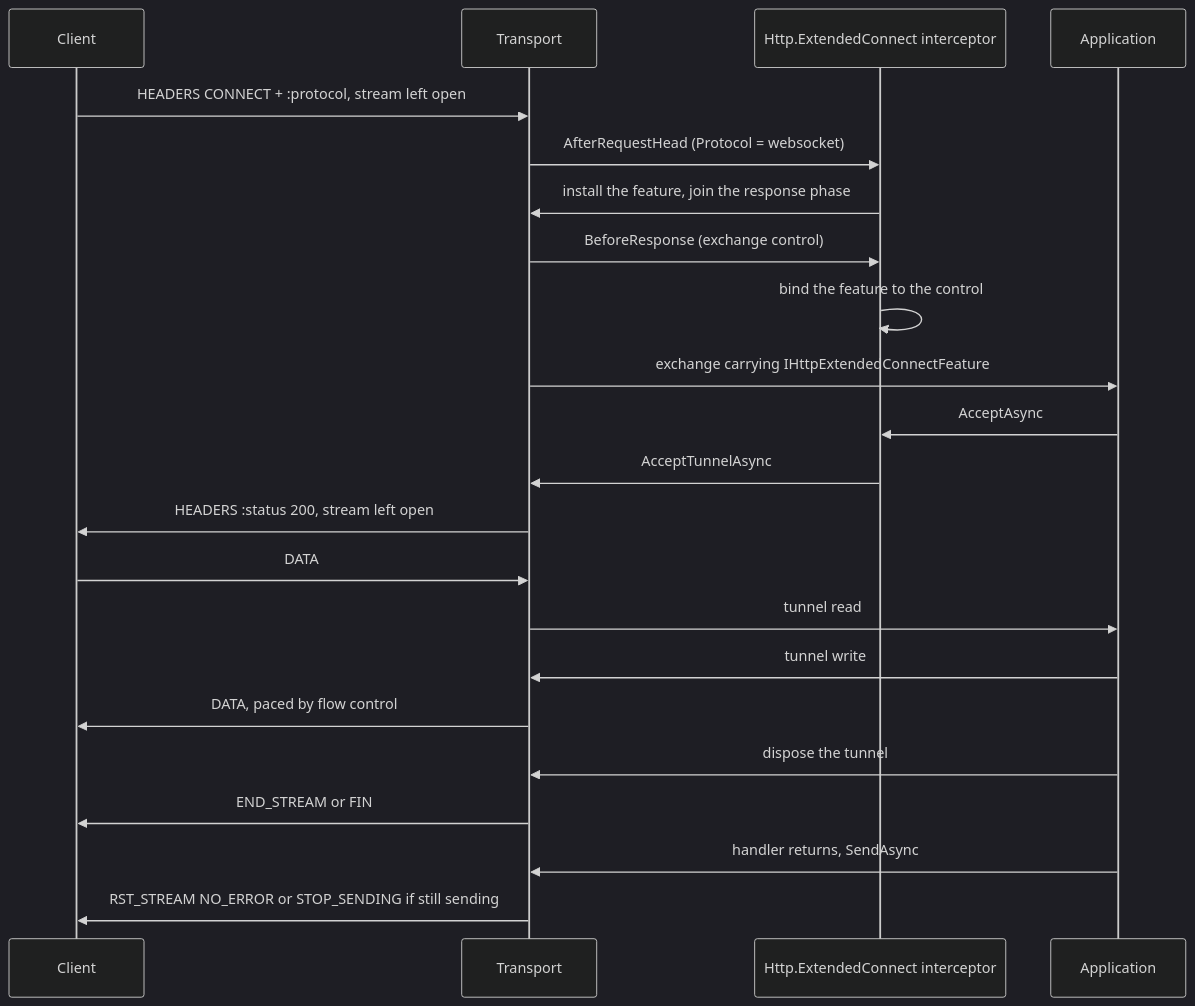
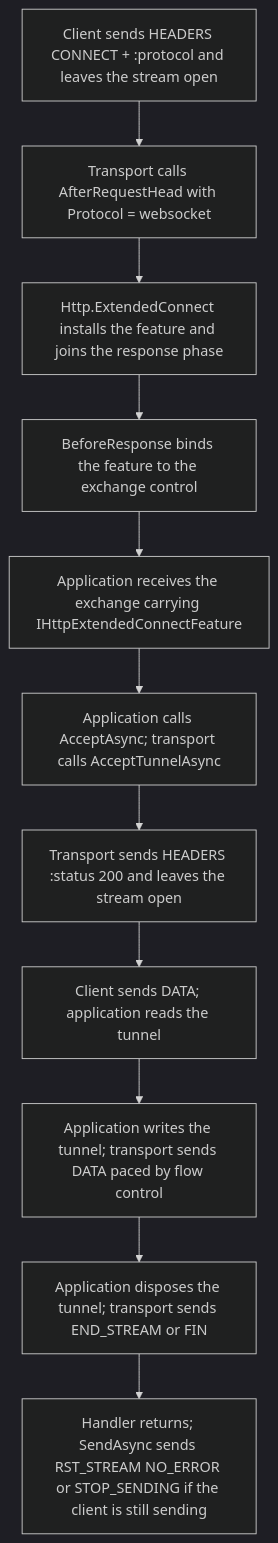
The diagram in docs/dotnet-apis/libraries/http/assimalign-cohesion-http-connections/design.md (assimalign/cohesion-docs), drawn with Mermaid (dark theme) before and after one commit. The commit also changed other lines of this file and 54 other files, not shown here.

````diff
--- a/docs/dotnet-apis/libraries/http/assimalign-cohesion-http-connections/design.md
+++ b/docs/dotnet-apis/libraries/http/assimalign-cohesion-http-connections/design.md
@@ -2341,24 +2503,13 @@
 ```mermaid
-sequenceDiagram
-    participant Client
-    participant Transport
-    participant Ext as Http.ExtendedConnect interceptor
-    participant App as Application
-    Client->>Transport: HEADERS CONNECT + :protocol, stream left open
-    Transport->>Ext: AfterRequestHead (Protocol = websocket)
-    Ext->>Transport: install the feature, join the response phase
-    Transport->>Ext: BeforeResponse (exchange control)
-    Ext->>Ext: bind the feature to the control
-    Transport->>App: exchange carrying IHttpExtendedConnectFeature
-    App->>Ext: AcceptAsync
-    Ext->>Transport: AcceptTunnelAsync
-    Transport->>Client: HEADERS :status 200, stream left open
-    Client->>Transport: DATA
-    Transport->>App: tunnel read
-    App->>Transport: tunnel write
-    Transport->>Client: DATA, paced by flow control
-    App->>Transport: dispose the tunnel
-    Transport->>Client: END_STREAM or FIN
-    App->>Transport: handler returns, SendAsync
-    Transport->>Client: RST_STREAM NO_ERROR or STOP_SENDING if still sending
+flowchart TD
+    Request["Client sends HEADERS CONNECT + :protocol and leaves the stream open"] --> Parse["Transport calls AfterRequestHead with Protocol = websocket"]
+    Parse --> Feature["Http.ExtendedConnect installs the feature and joins the response phase"]
+    Feature --> Bind["BeforeResponse binds the feature to the exchange control"]
+    Bind --> Dispatch["Application receives the exchange carrying IHttpExtendedConnectFeature"]
+    Dispatch --> Accept["Application calls AcceptAsync; transport calls AcceptTunnelAsync"]
+    Accept --> Head["Transport sends HEADERS :status 200 and leaves the stream open"]
+    Head --> Read["Client sends DATA; application reads the tunnel"]
+    Read --> Write["Application writes the tunnel; transport sends DATA paced by flow control"]
+    Write --> Close["Application disposes the tunnel; transport sends END_STREAM or FIN"]
+    Close --> End["Handler returns; SendAsync sends RST_STREAM NO_ERROR or STOP_SENDING if the client is still sending"]
 ```
````
